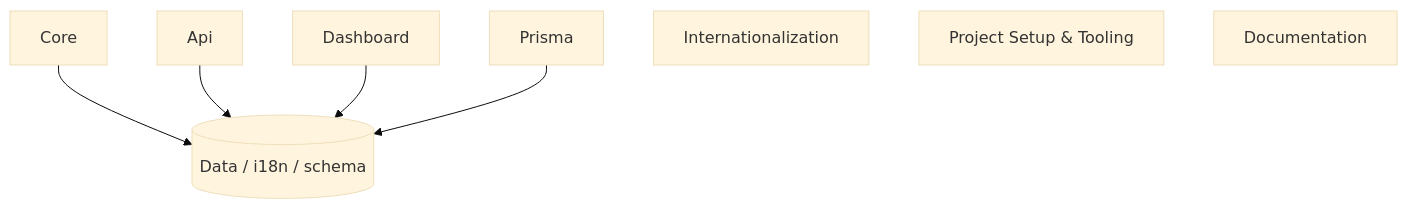
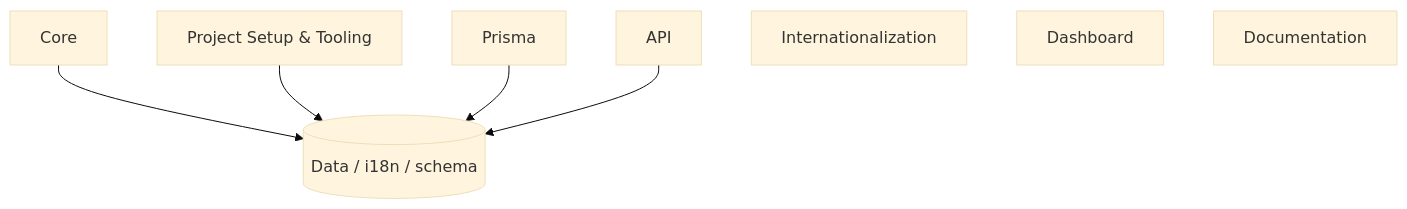
The diagram in assets/example-output/architecture/diagram.md (maxgfr/reconstruct), drawn with Mermaid (base theme) before and after one commit. The commit also changed 59 other files, not shown here.

````diff
--- a/assets/example-output/architecture/diagram.md
+++ b/assets/example-output/architecture/diagram.md
@@ -3,15 +3,15 @@
 ```mermaid
 graph TD
   F0["Core"]
-  F1["Api"]
-  F2["Dashboard"]
-  F3["Prisma"]
+  F1["Project Setup & Tooling"]
+  F2["Prisma"]
+  F3["API"]
   F4["Internationalization"]
-  F5["Project Setup & Tooling"]
+  F5["Dashboard"]
   F6["Documentation"]
   DATA[("Data / i18n / schema")]
   F0 --> DATA
   F1 --> DATA
   F2 --> DATA
   F3 --> DATA
 ```
````
